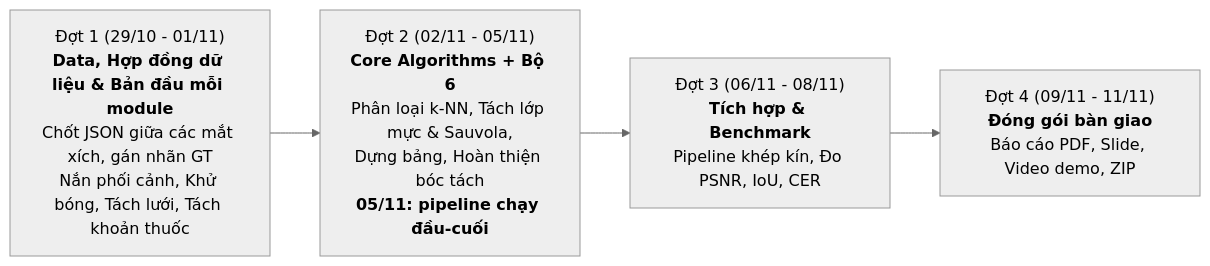
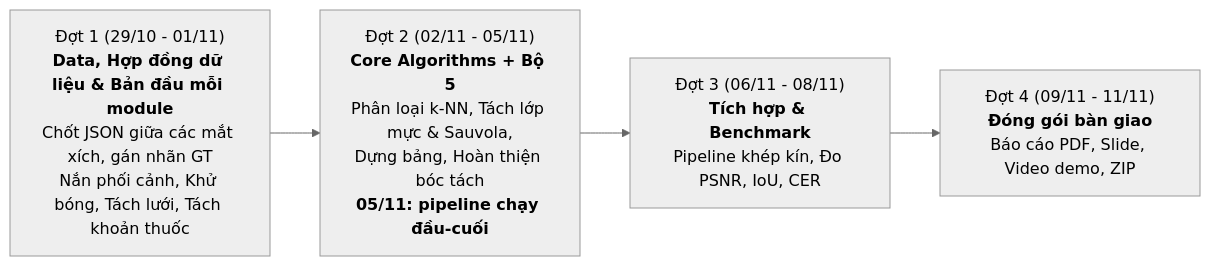
Before and after one commit to KhangDaoz/dip: the second of 2 diagrams in docs/DeTai_XuLyAnh_ChiTiet.md, drawn with Mermaid (neutral theme). The commit also changed other lines of this file and 29 other files, not shown here.

First line of the commit message:
Cập nhật số bộ dữ liệu sau khi dọn data

````diff
--- a/docs/DeTai_XuLyAnh_ChiTiet.md
+++ b/docs/DeTai_XuLyAnh_ChiTiet.md
@@ -190,6 +189,6 @@
 ```mermaid
 flowchart LR
-    M1["Đợt 1 (29/10 - 01/11)<br><b>Data, Hợp đồng dữ liệu & Bản đầu mỗi module</b><br>Chốt JSON giữa các mắt xích, gán nhãn GT<br>Nắn phối cảnh, Khử bóng, Tách lưới, Tách khoản thuốc"] --> M2["Đợt 2 (02/11 - 05/11)<br><b>Core Algorithms + Bộ 6</b><br>Phân loại k-NN, Tách lớp mực & Sauvola,<br>Dựng bảng, Hoàn thiện bóc tách<br><b>05/11: pipeline chạy đầu-cuối</b>"]
+    M1["Đợt 1 (29/10 - 01/11)<br><b>Data, Hợp đồng dữ liệu & Bản đầu mỗi module</b><br>Chốt JSON giữa các mắt xích, gán nhãn GT<br>Nắn phối cảnh, Khử bóng, Tách lưới, Tách khoản thuốc"] --> M2["Đợt 2 (02/11 - 05/11)<br><b>Core Algorithms + Bộ 5</b><br>Phân loại k-NN, Tách lớp mực & Sauvola,<br>Dựng bảng, Hoàn thiện bóc tách<br><b>05/11: pipeline chạy đầu-cuối</b>"]
     M2 --> M3["Đợt 3 (06/11 - 08/11)<br><b>Tích hợp & Benchmark</b><br>Pipeline khép kín, Đo PSNR, IoU, CER"]
     M3 --> M4["Đợt 4 (09/11 - 11/11)<br><b>Đóng gói bàn giao</b><br>Báo cáo PDF, Slide, Video demo, ZIP"]
 ```
````
